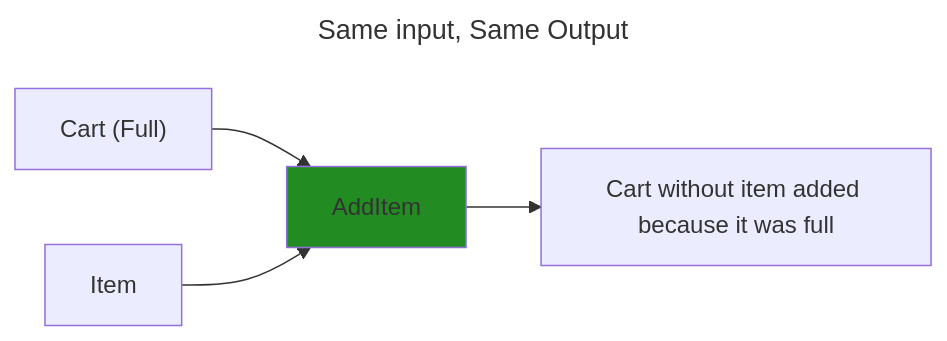
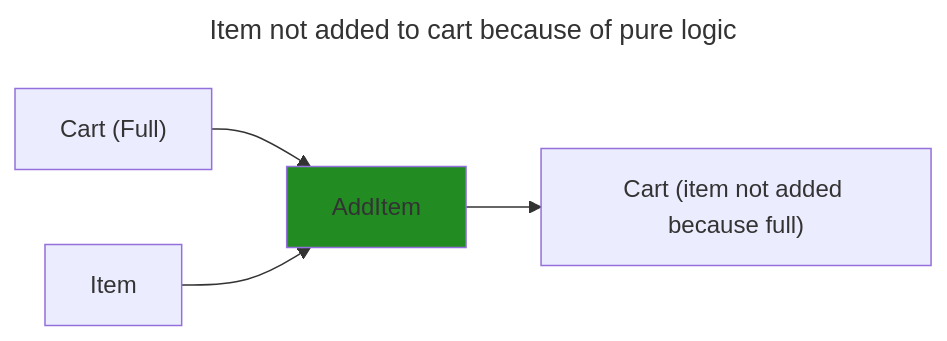
One commit to grierson/grierson changed the third of 14 diagrams in structure.md. Above: the diagram before and after it, drawn with Mermaid. The commit also changed other lines of this file, not shown here.

````diff
--- a/structure.md
+++ b/structure.md
@@ -54,9 +57,9 @@
 ```mermaid
 ---
-title: Same input, Same Output
+title: Item not added to cart because of pure logic
 ---
 flowchart LR
   style AddItem fill:ForestGreen
   Cart["Cart (Full)"] --> AddItem
-  Item --> AddItem --> CartResult["Cart without item added because it was full"]
+  Item --> AddItem --> CartResult["Cart (item not added because full)"]
 ```
````
